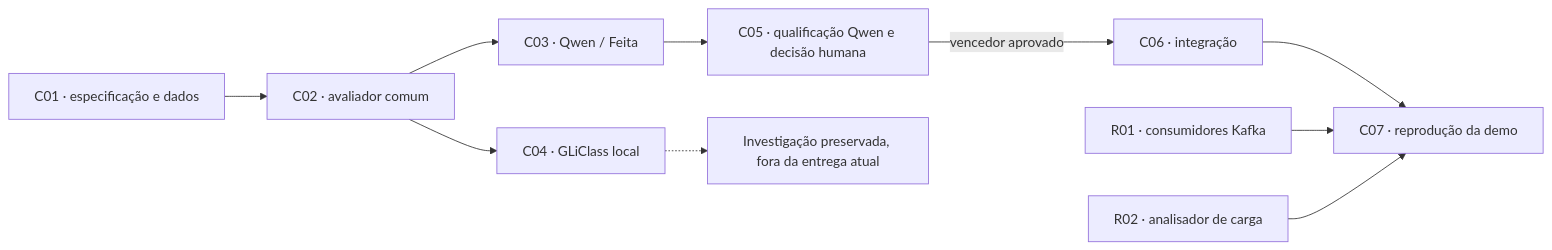
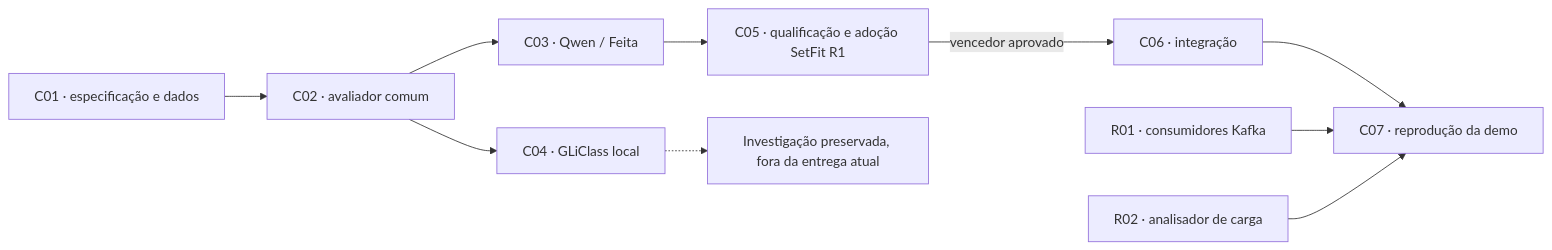
Before and after one commit to leeunam/case-CLOUDWALK-IA: the diagram in docs/planejamento/classificacao-comparativa/README.md, drawn with Mermaid. The commit also changed other lines of this file and 29 other files, not shown here.

First line of the commit message:
docs: registre a adoção do SetFit R1 e o plano de integração

````diff
--- a/docs/planejamento/classificacao-comparativa/README.md
+++ b/docs/planejamento/classificacao-comparativa/README.md
@@ -82,12 +84,12 @@
 ```mermaid
 flowchart LR
   C01["C01 · especificação e dados"] --> C02["C02 · avaliador comum"]
   C02 --> C03["C03 · Qwen / Feita"]
   C02 --> C04["C04 · GLiClass local"]
-  C03 --> C05["C05 · qualificação Qwen e decisão humana"]
+  C03 --> C05["C05 · qualificação e adoção SetFit R1"]
   C04 -.-> H["Investigação preservada, fora da entrega atual"]
   C05 -->|"vencedor aprovado"| C06["C06 · integração"]
   C06 --> C07["C07 · reprodução da demo"]
   R01["R01 · consumidores Kafka"] --> C07
   R02["R02 · analisador de carga"] --> C07
 ```
````
